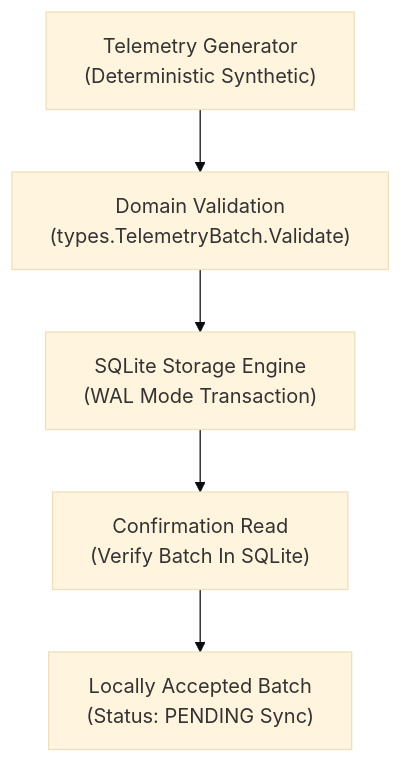
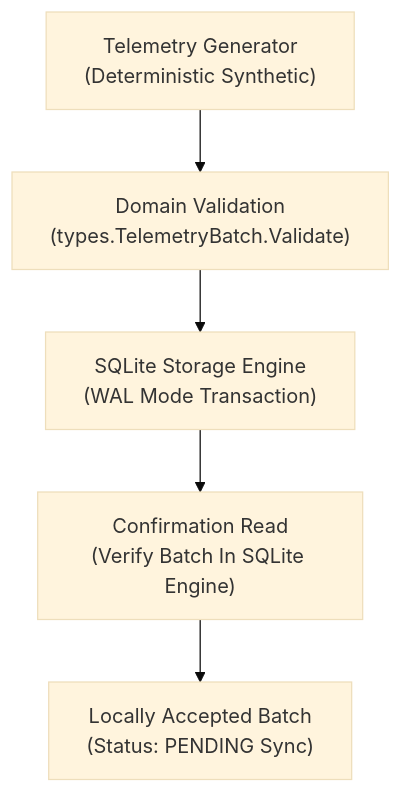
One commit to Chamalka-heshi/AegisEdge changed the third of 3 diagrams in docs/architecture/overview.md. Above: the diagram before and after it, drawn with Mermaid (base theme). The commit also changed other lines of this file, not shown here.

````diff
--- a/docs/architecture/overview.md
+++ b/docs/architecture/overview.md
@@ -82,7 +82,7 @@
 ```mermaid
 flowchart TD
     TG["Telemetry Generator\n(Deterministic Synthetic)"] --> VAL["Domain Validation\n(types.TelemetryBatch.Validate)"]
     VAL --> WAL["SQLite Storage Engine\n(WAL Mode Transaction)"]
-    WAL --> CONF["Confirmation Read\n(Verify Batch In SQLite)"]
+    WAL --> CONF["Confirmation Read\n(Verify Batch In SQLite Engine)"]
     CONF --> PEND["Locally Accepted Batch\n(Status: PENDING Sync)"]
 ```
````
